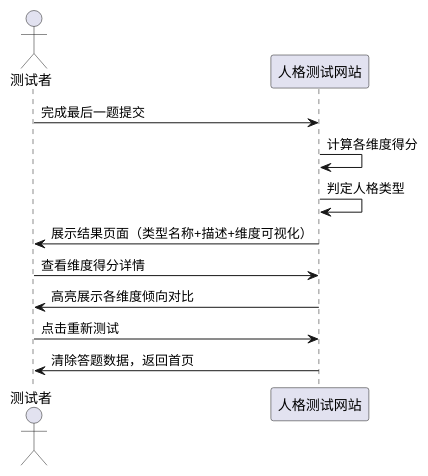
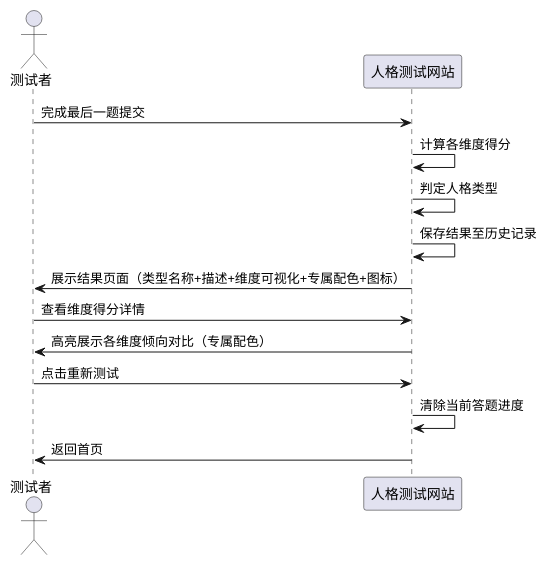
Before and after one commit to winter-cr/xxti: the fourth of 10 diagrams in .codeartsdoer/specs/personality-test/spec.md, drawn with PlantUML. The commit also changed other lines of this file and 44 other files, not shown here.

````diff
--- a/.codeartsdoer/specs/personality-test/spec.md
+++ b/.codeartsdoer/specs/personality-test/spec.md
@@ -202,17 +358,19 @@
 ```plantuml
 @startuml
 actor "测试者" as user
 participant "人格测试网站" as system
 
 user -> system : 完成最后一题提交
 system -> system : 计算各维度得分
 system -> system : 判定人格类型
-system -> user : 展示结果页面（类型名称+描述+维度可视化）
+system -> system : 保存结果至历史记录
+system -> user : 展示结果页面（类型名称+描述+维度可视化+专属配色+图标）
 
 user -> system : 查看维度得分详情
-system -> user : 高亮展示各维度倾向对比
+system -> user : 高亮展示各维度倾向对比（专属配色）
 
 user -> system : 点击重新测试
-system -> user : 清除答题数据，返回首页
+system -> system : 清除当前答题进度
+system -> user : 返回首页
 @enduml
 ```
````
